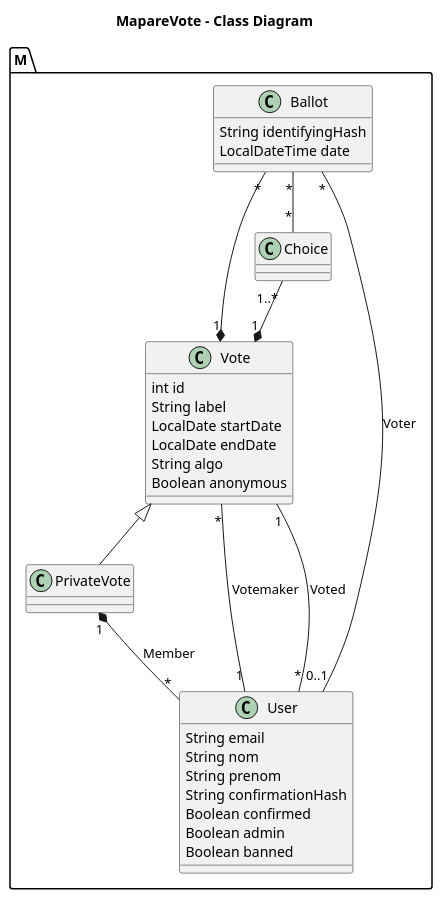
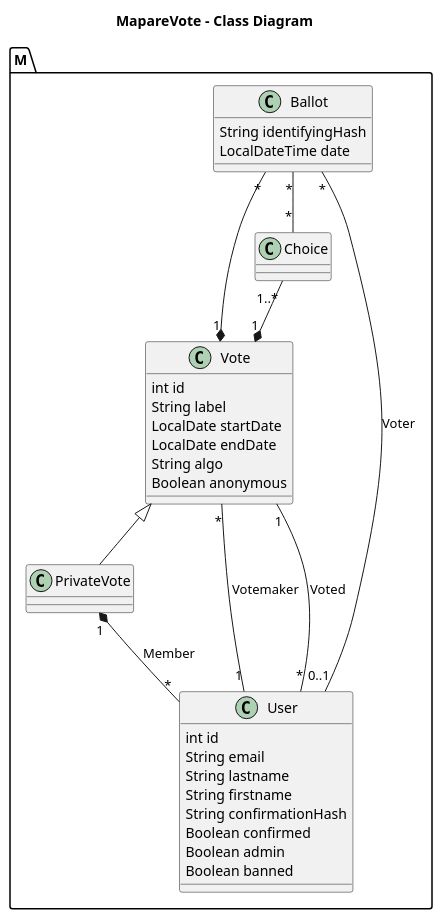
Before and after one commit to dptinfoutln/MapareVote: the diagram in UML/MapareVoteClass.iuml, drawn with PlantUML.

```diff
--- a/UML/MapareVoteClass.iuml
+++ b/UML/MapareVoteClass.iuml
@@ -1,45 +1,46 @@
 @startuml
 
 title MapareVote - Class Diagram
 
 package M {
     class Vote {
         int id
         String label
         LocalDate startDate
         LocalDate endDate
         String algo
         Boolean anonymous
     }
     
     class PrivateVote
     
     class Choice
     
     class Ballot {
         String identifyingHash
         LocalDateTime date
     }
     
     class User {
+        int id
         String email
-        String nom
-        String prenom
+        String lastname
+        String firstname
         String confirmationHash
         Boolean confirmed
         Boolean admin
         Boolean banned
     }
 }
 
 
 Choice "1..*" --* "1" Vote
 Ballot "*" --* "1" Vote
 Ballot "*" -- "*" Choice
 Ballot "*" -- "0..1" User:Voter
 Vote "*" --- "1" User:Votemaker
 PrivateVote "1" *-- "*" User:Member
 Vote "1"-- "*" User:Voted
 Vote <|-- PrivateVote
 
 @enduml
```
